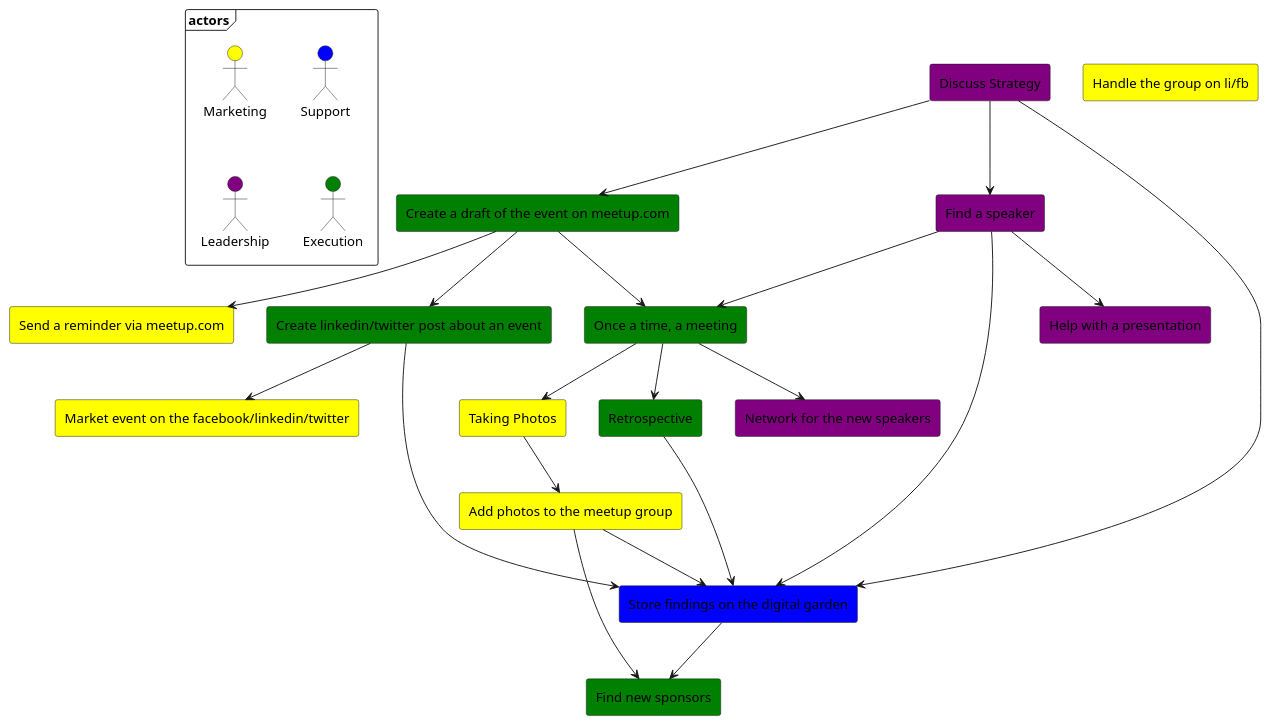
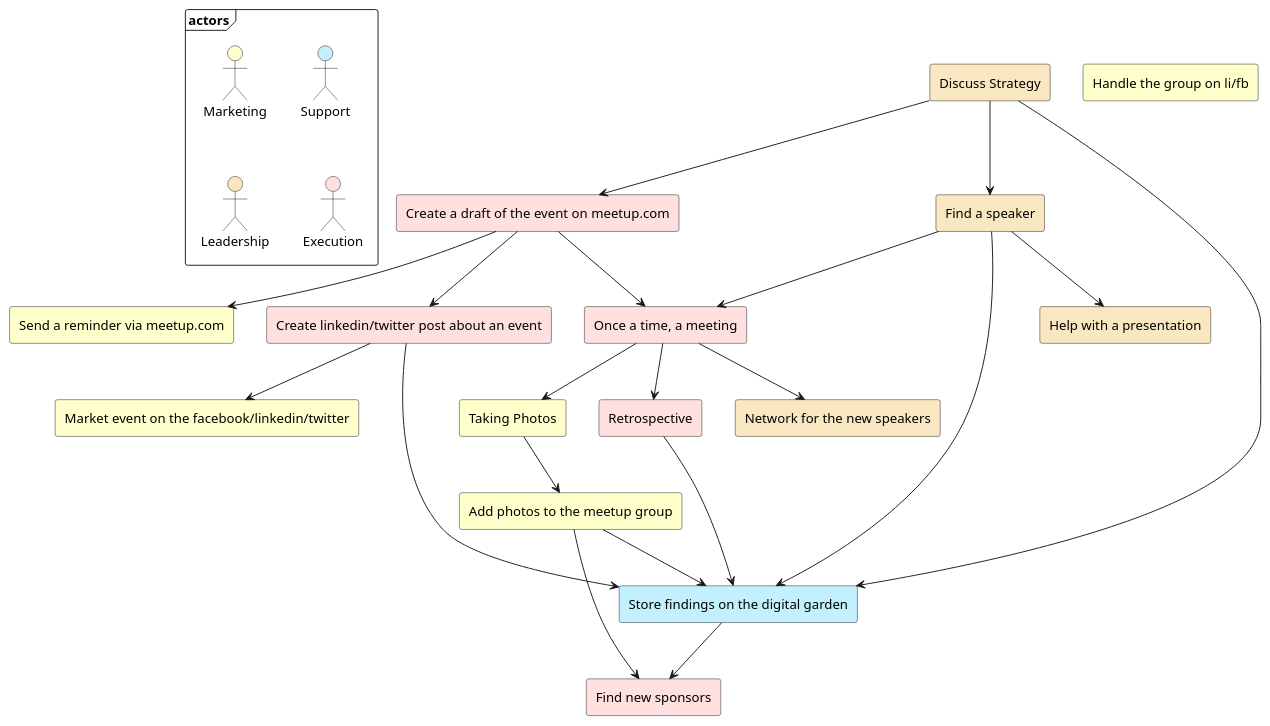
The diagram in public/Events/DDD-GDA/DDD-GDA Control plane.md (oneacik/mindoo), drawn with PlantUML before and after one commit.

````diff
--- a/public/Events/DDD-GDA/DDD-GDA Control plane.md
+++ b/public/Events/DDD-GDA/DDD-GDA Control plane.md
@@ -60,57 +60,59 @@
 ```plantuml
+skinparam defaultFontStyle bold
+
 
 frame "actors" {
-actor "Marketing"  as B #yellow
-actor "Support"    as C #blue
-actor "Leadership" as D #purple
-actor "Execution"  as E #green
+actor "Marketing"  as B #Business
+actor "Support"    as C #Application
+actor "Leadership" as D #Strategy
+actor "Execution"  as E #Implementation
 }
 
 
-rectangle "Market event on the facebook/linkedin/twitter" as B1 #yellow
-rectangle "Send a reminder via meetup.com" as B2 #yellow
-rectangle "Taking Photos" as B3 #yellow
-rectangle "Handle the group on li/fb" as B4 #yellow
-rectangle "Add photos to the meetup group" as B5 #yellow
+rectangle "Market event on the facebook/linkedin/twitter" as B1 #Business
+rectangle "Send a reminder via meetup.com" as B2 #Business
+rectangle "Taking Photos" as B3 #Business
+rectangle "Handle the group on li/fb" as B4 #Business
+rectangle "Add photos to the meetup group" as B5 #Business
 
-rectangle "Discuss Strategy" as D1 #purple
-rectangle "Find a speaker" as D2 #purple
-rectangle "Help with a presentation" as D4 #purple
-rectangle "Network for the new speakers" as D5 #purple
+rectangle "Discuss Strategy" as D1 #Strategy
+rectangle "Find a speaker" as D2 #Strategy
+rectangle "Help with a presentation" as D4 #Strategy
+rectangle "Network for the new speakers" as D5 #Strategy
 
-rectangle "Create a draft of the event on meetup.com" as E1 #green
-rectangle "Create linkedin/twitter post about an event" as A1 #green
-rectangle "Once a time, a meeting" as E2 #green
-rectangle "Retrospective" as E3 #green
-rectangle "Find new sponsors" as D3 #green 
+rectangle "Create a draft of the event on meetup.com" as E1 #Implementation
+rectangle "Create linkedin/twitter post about an event" as A1 #Implementation
+rectangle "Once a time, a meeting" as E2 #Implementation
+rectangle "Retrospective" as E3 #Implementation
+rectangle "Find new sponsors" as D3 #Implementation
 
-rectangle "Store findings on the digital garden" as C1 #blue
+rectangle "Store findings on the digital garden" as C1 #Application
 
 A1 --> B1
 B3 --> B5
 
 A1 --> C1
 B5 --> C1
 
 E1 --> A1
 E2 --> B3
 E1 --> E2
 E2 --> E3
 E3 --> C1
 
 E1 --> B2 
 
 D1 --> D2
 D1 --> C1
 D2 --> C1
 
 C1 --> D3
 B5 --> D3
 
 D2 --> E2 
 
 D2 --> D4
 D1 --> E1
 E2 --> D5
 
 ```
````
